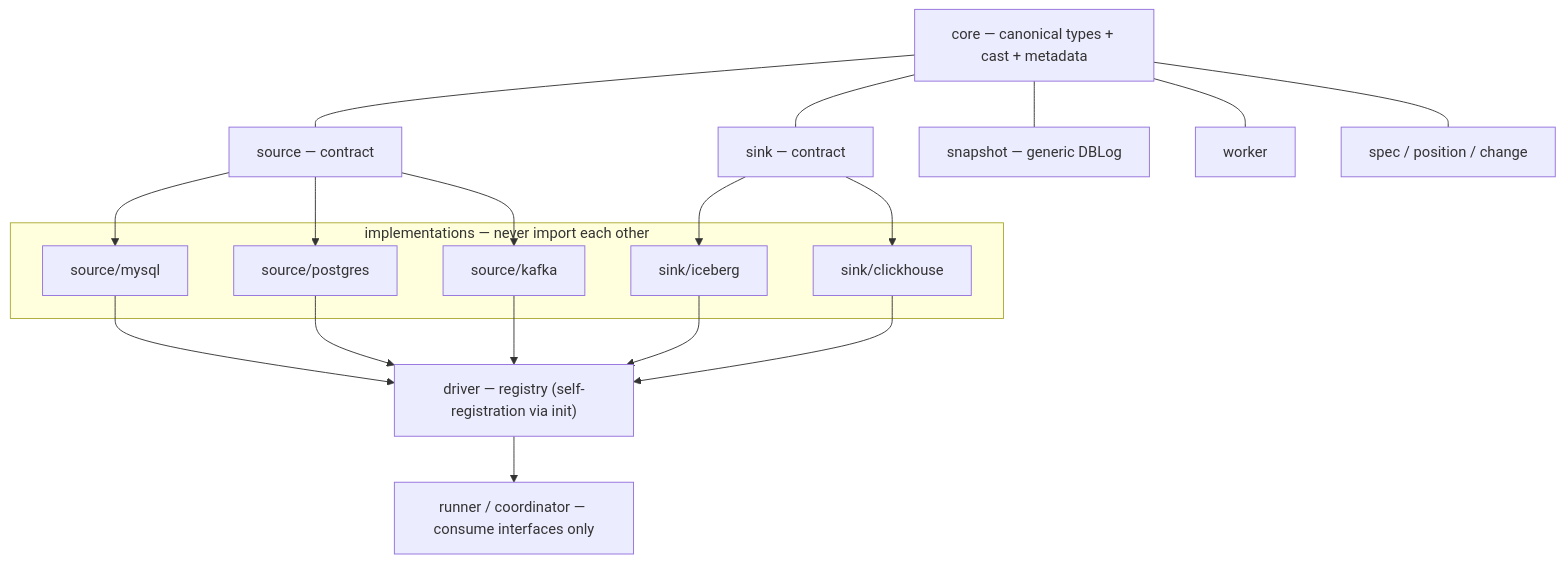
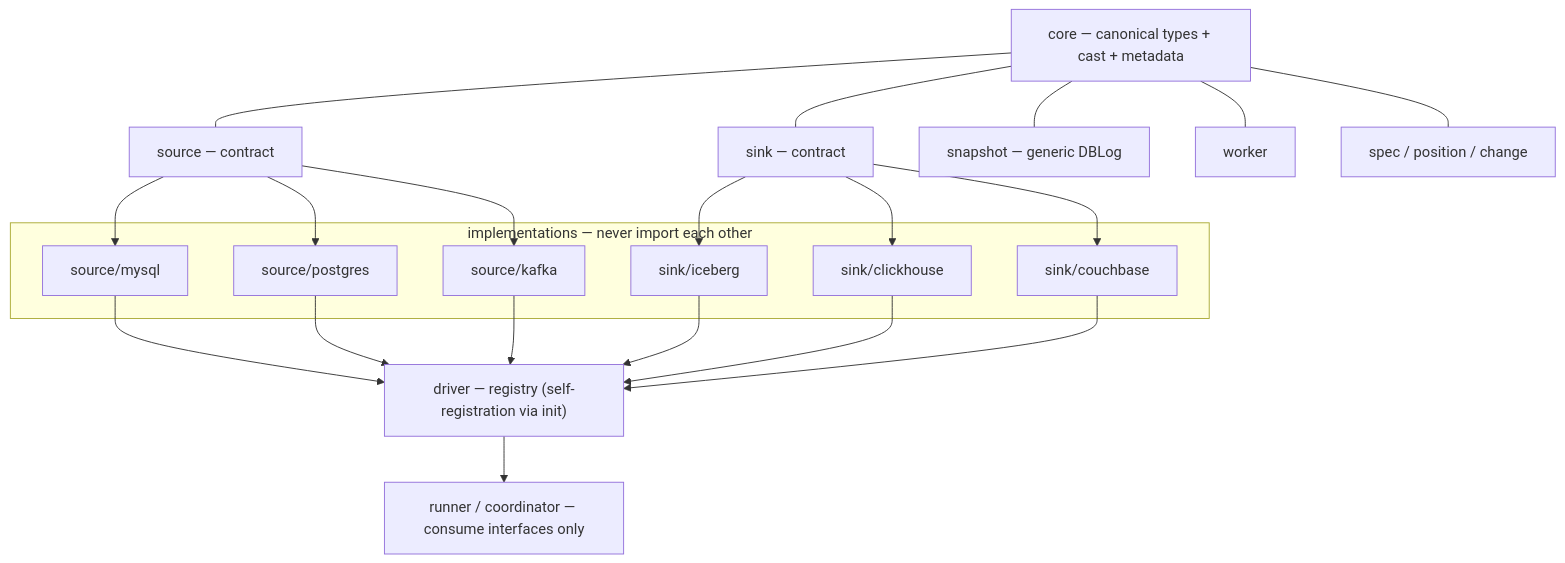
Before and after one commit to maltzsama/urutau: the diagram in README.md, drawn with Mermaid. The commit also changed other lines of this file and 15 other files, not shown here.

````diff
--- a/README.md
+++ b/README.md
@@ -92,26 +93,27 @@
 ```mermaid
 flowchart TB
     CORE["core — canonical types + cast + metadata"]
     SRC["source — contract"]
     SNK["sink — contract"]
     SNAP["snapshot — generic DBLog"]
     WRK["worker"]
     STD["spec / position / change"]
 
     subgraph impls ["implementations — never import each other"]
         MYSQL["source/mysql"]
         PG["source/postgres"]
         KAFKA["source/kafka"]
         ICE["sink/iceberg"]
         CH["sink/clickhouse"]
+        CB["sink/couchbase"]
     end
 
     DRV["driver — registry (self-registration via init)"]
     RUN["runner / coordinator — consume interfaces only"]
 
     CORE --- SRC & SNK & SNAP & WRK & STD
     SRC --> MYSQL & PG & KAFKA
-    SNK --> ICE & CH
-    MYSQL & PG & KAFKA & ICE & CH --> DRV
+    SNK --> ICE & CH & CB
+    MYSQL & PG & KAFKA & ICE & CH & CB --> DRV
     DRV --> RUN
 ```
````
